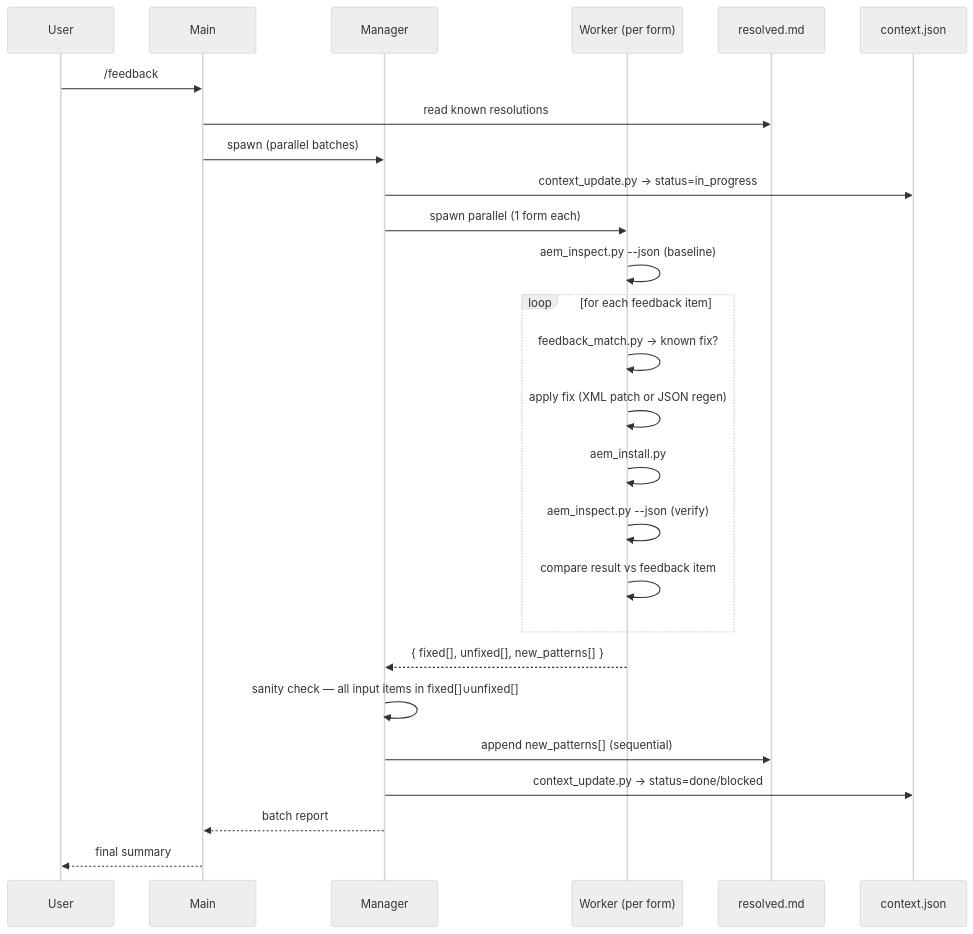
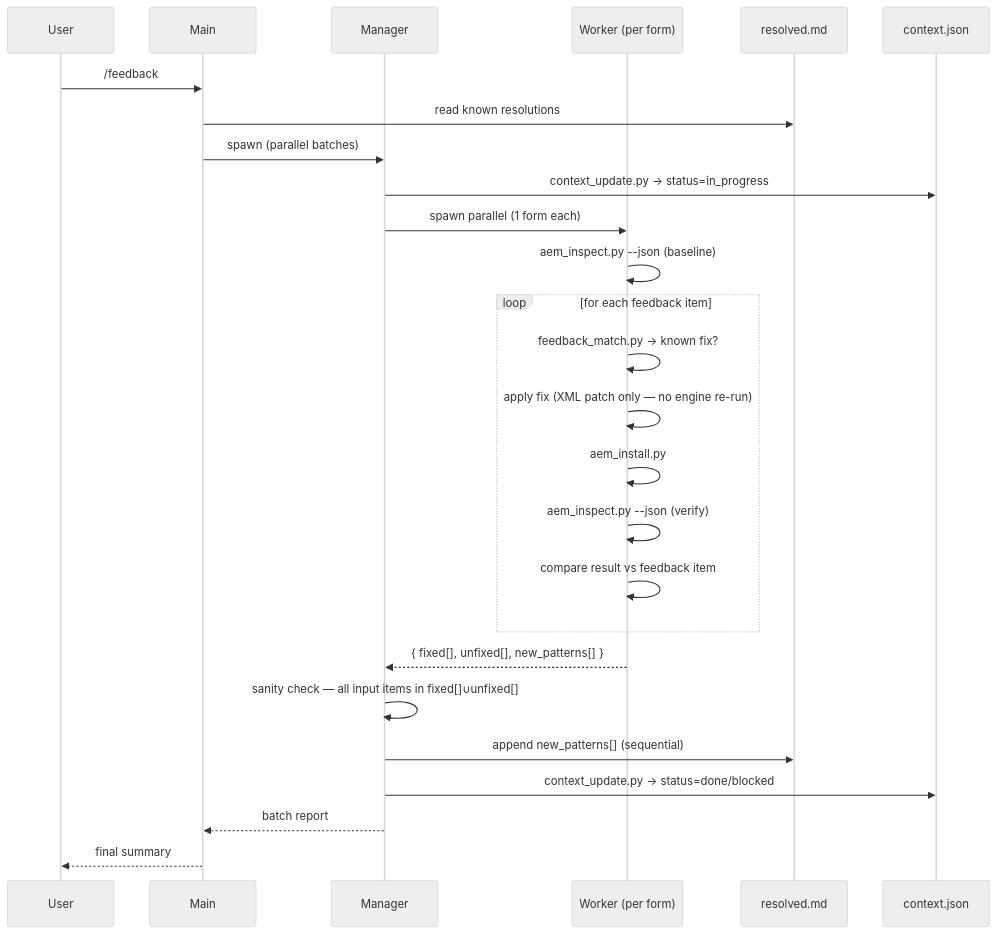
One commit to ajilach/ajila-forms-conversion-engine changed the second of 2 diagrams in docs/feedback-pipeline-plan.md. Above: the diagram before and after it, drawn with Mermaid (neutral theme). The commit also changed other lines of this file, not shown here.

First line of the commit message:
clarify feedback pipeline: XML patch only, no engine re-run

````diff
--- a/docs/feedback-pipeline-plan.md
+++ b/docs/feedback-pipeline-plan.md
@@ -46,35 +46,35 @@
 ```mermaid
 sequenceDiagram
     participant U as User
     participant Main
     participant Mgr as Manager
     participant Wkr as Worker (per form)
     participant R as resolved.md
     participant C as context.json
 
     U->>Main: /feedback
     Main->>R: read known resolutions
     Main->>Mgr: spawn (parallel batches)
 
     Mgr->>C: context_update.py → status=in_progress
     Mgr->>Wkr: spawn parallel (1 form each)
 
     Wkr->>Wkr: aem_inspect.py --json (baseline)
 
     loop for each feedback item
         Wkr->>Wkr: feedback_match.py → known fix?
-        Wkr->>Wkr: apply fix (XML patch or JSON regen)
+        Wkr->>Wkr: apply fix (XML patch only — no engine re-run)
         Wkr->>Wkr: aem_install.py
         Wkr->>Wkr: aem_inspect.py --json (verify)
         Wkr->>Wkr: compare result vs feedback item
     end
 
     Wkr-->>Mgr: { fixed[], unfixed[], new_patterns[] }
 
     Mgr->>Mgr: sanity check — all input items in fixed[]∪unfixed[]
     Mgr->>R: append new_patterns[] (sequential)
     Mgr->>C: context_update.py → status=done/blocked
     Mgr-->>Main: batch report
 
     Main-->>U: final summary
 ```
````
